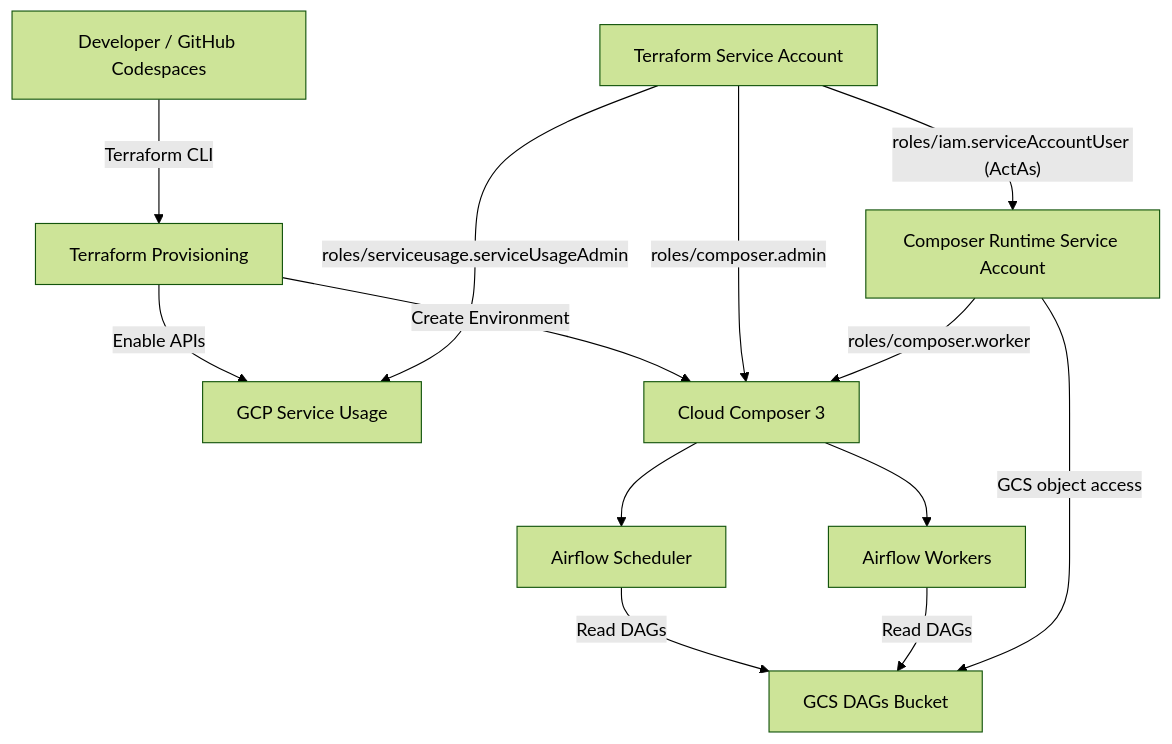
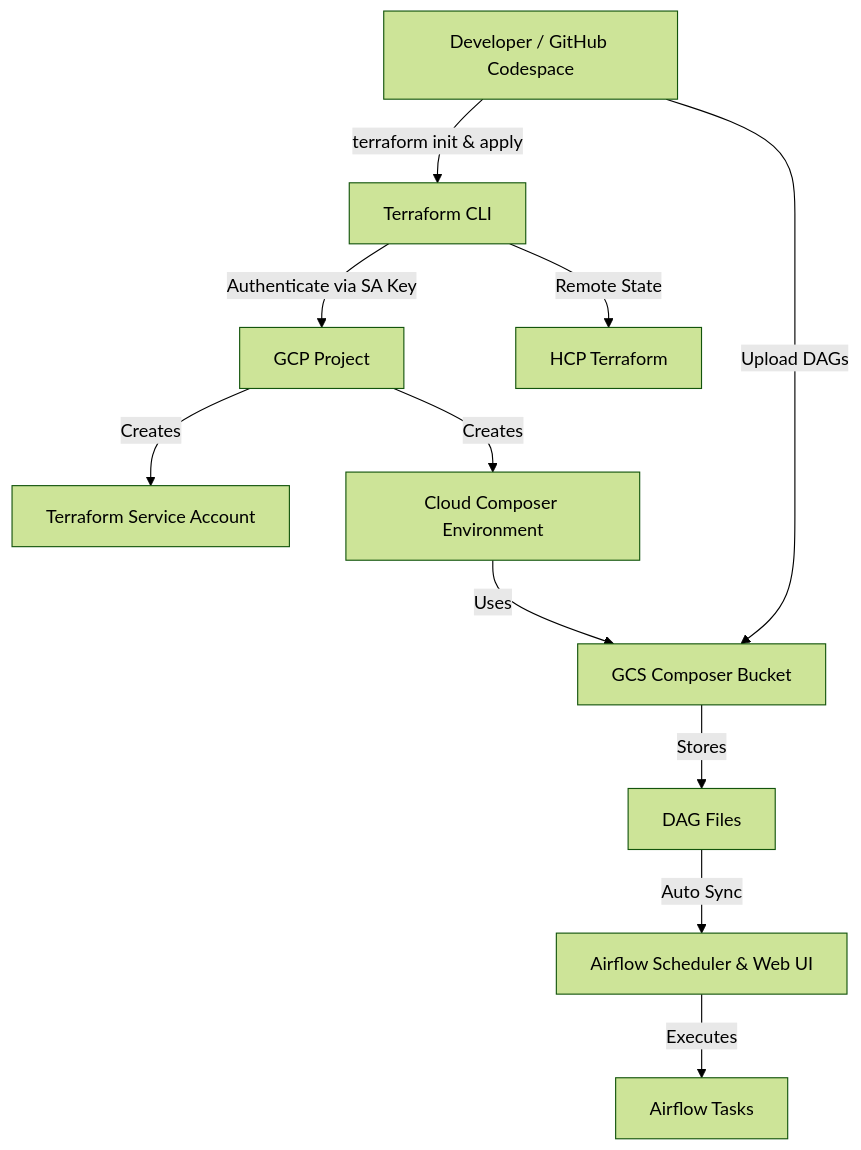
One commit to subhamay-bhattacharyya/cloud-composer-etl-pipelines changed the diagram in README.md. Above: the diagram before and after it, drawn with Mermaid (forest theme). The commit also changed 11 other files, not shown here.

Commit message:
feat: Refactor Terraform configuration for Cloud Composer setup; update README flowchart, add inputs.json, and remove deprecated tfvars files

````diff
--- a/README.md
+++ b/README.md
@@ -64,19 +64,18 @@
 ```mermaid
 flowchart TD
-    A[Developer / GitHub Codespaces] -->|Terraform CLI| B[Terraform Provisioning]
-    B -->|Enable APIs| C[GCP Service Usage]
-    B -->|Create Environment| D[Cloud Composer 3]
+    Dev[Developer / GitHub Codespace] -->|terraform init & apply| TF[Terraform CLI]
 
-    D --> E[Airflow Scheduler]
-    D --> F[Airflow Workers]
+    TF -->|Authenticate via SA Key| GCP[GCP Project]
+    TF -->|Remote State| HCP[HCP Terraform]
 
-    E -->|Read DAGs| G[GCS DAGs Bucket]
-    F -->|Read DAGs| G
+    GCP -->|Creates| SA[Terraform Service Account]
+    GCP -->|Creates| Composer[Cloud Composer Environment]
 
-    H[Terraform Service Account] -->|roles/composer.admin| D
-    H[Terraform Service Account] -->|roles/serviceusage.serviceUsageAdmin| C
-    H[Terraform Service Account] -->|"roles/iam.serviceAccountUser (ActAs)"| I[Composer Runtime Service Account]
+    Composer -->|Uses| GCS[GCS Composer Bucket]
+    GCS -->|Stores| DAGs[DAG Files]
 
-    I -->|roles/composer.worker| D
-    I -->|GCS object access| G
+    Dev -->|Upload DAGs| GCS
+    DAGs -->|Auto Sync| Airflow[Airflow Scheduler & Web UI]
+
+    Airflow -->|Executes| Tasks[Airflow Tasks]
 ```
````
